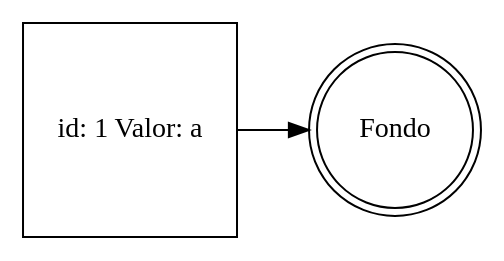
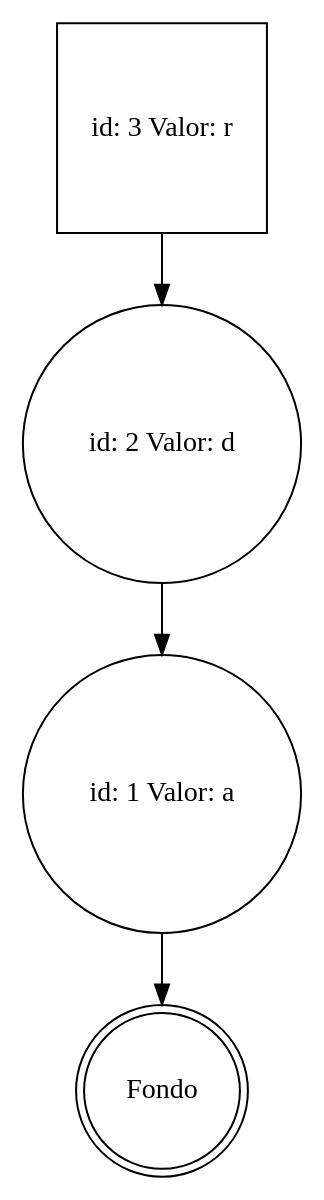
Before and after one commit to JColindres/EDD: the diagram in Practica1/pila.dot, drawn with Graphviz. The commit also changed 12 other files, not shown here.

```diff
--- a/Practica1/pila.dot
+++ b/Practica1/pila.dot
@@ -1,6 +1,10 @@
 digraph G {
 
-rankdir=LR; 0[shape=square,label="id: 1 Valor: a"];
-1[shape=doublecircle,label="Fondo"];
+0[shape=square,label="id: 3 Valor: r"];
+1[shape=circle,label="id: 2 Valor: d"];
 0->1;
+2[shape=circle,label="id: 1 Valor: a"];
+1->2;
+3[shape=doublecircle,label="Fondo"];
+2->3;
 }
```
